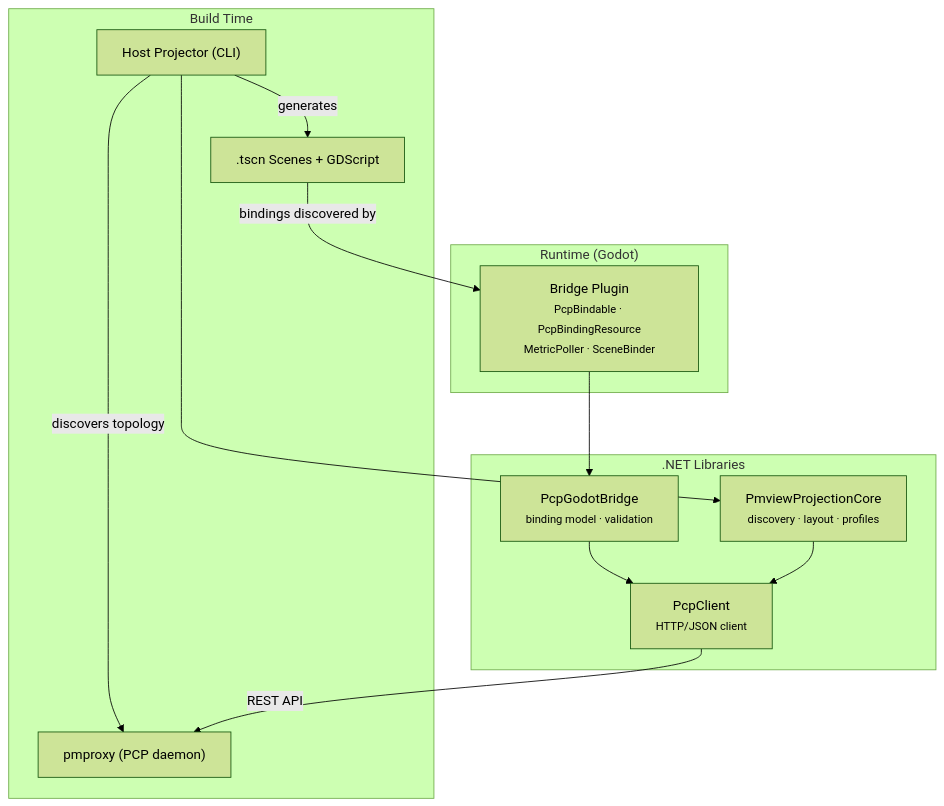
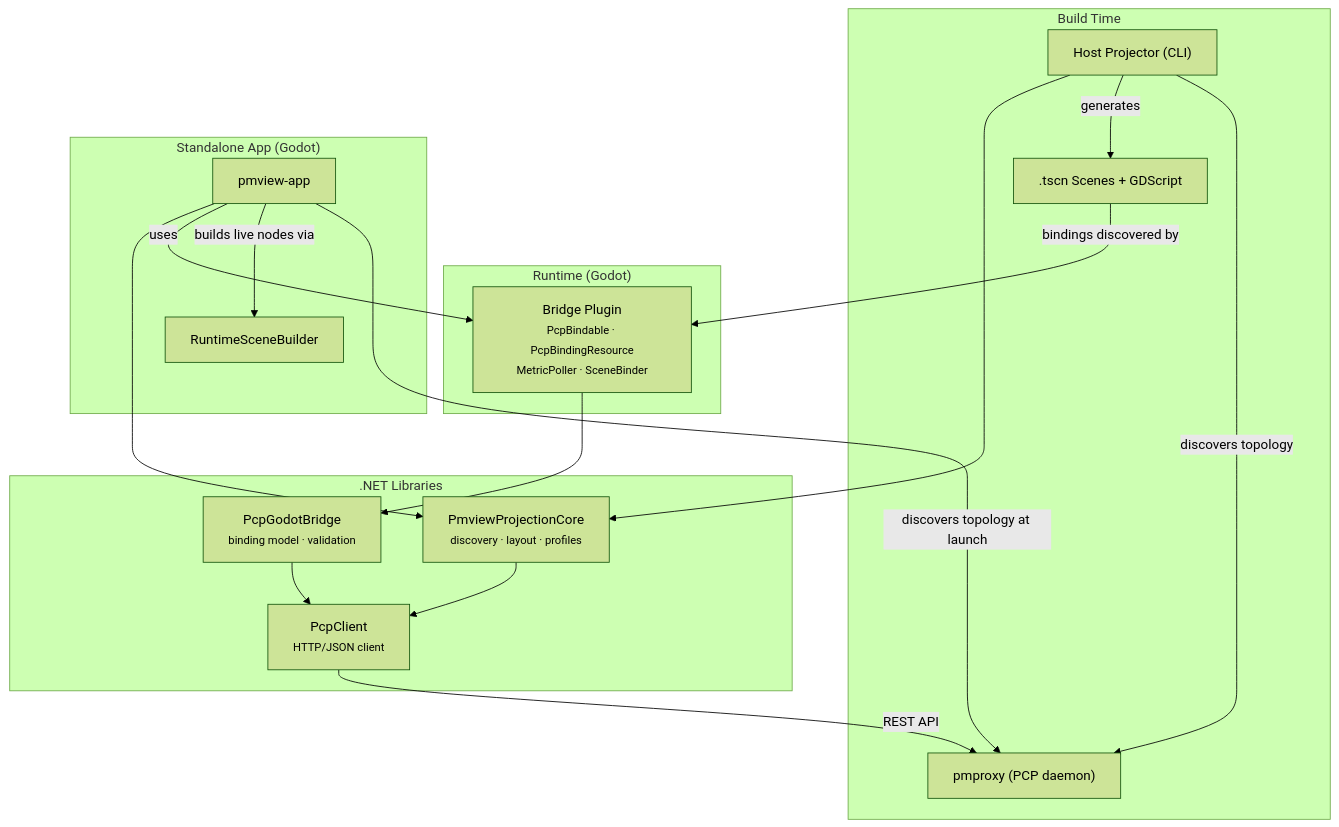
Before and after one commit to tallpsmith/pmview-nextgen: the first of 2 diagrams in docs/ARCHITECTURE.md, drawn with Mermaid (forest theme). The commit also changed other lines of this file, not shown here.

Commit message:
Update architecture docs for standalone app

````diff
--- a/docs/ARCHITECTURE.md
+++ b/docs/ARCHITECTURE.md
@@ -7,28 +7,36 @@
 ```mermaid
 graph TD
     pmproxy["pmproxy (PCP daemon)"]
 
     subgraph "Build Time"
         Projector["Host Projector (CLI)"]
         Projector -- "discovers topology" --> pmproxy
         Projector -- "generates" --> Scenes
     end
 
     subgraph "Runtime (Godot)"
         Scenes[".tscn Scenes + GDScript"]
         Bridge["Bridge Plugin<br/><small>PcpBindable · PcpBindingResource<br/>MetricPoller · SceneBinder</small>"]
         Scenes -- "bindings discovered by" --> Bridge
     end
 
+    subgraph "Standalone App (Godot)"
+        App["pmview-app"]
+        App -- "discovers topology at launch" --> pmproxy
+        App -- "builds live nodes via" --> RuntimeBuilder["RuntimeSceneBuilder"]
+        App -- "uses" --> Bridge
+    end
+
     subgraph ".NET Libraries"
         ProjectionCore["PmviewProjectionCore<br/><small>discovery · layout · profiles</small>"]
         GodotBridge["PcpGodotBridge<br/><small>binding model · validation</small>"]
         Client["PcpClient<br/><small>HTTP/JSON client</small>"]
         Bridge --> GodotBridge
         GodotBridge --> Client
         Projector --> ProjectionCore
+        App --> ProjectionCore
         ProjectionCore --> Client
     end
 
     Client -- "REST API" --> pmproxy
 ```
````
